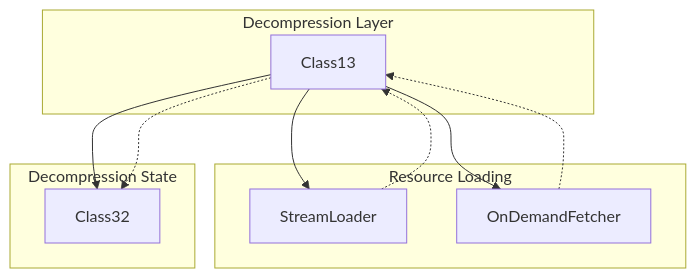
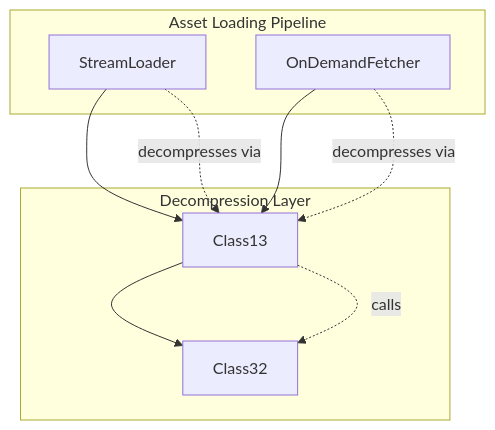
Before and after one commit to daxxog/solmud: the diagram in bytecode/mapping/evidence/verified/Class13_HZTFWEML.md, drawn with Mermaid. The commit also changed other lines of this file and 2 other files, not shown here.

````diff
--- a/bytecode/mapping/evidence/verified/Class13_HZTFWEML.md
+++ b/bytecode/mapping/evidence/verified/Class13_HZTFWEML.md
@@ -15,23 +17,20 @@
 ```mermaid
 graph TD
-    Class13 --> StreamLoader[StreamLoader]
-    Class13 --> OnDemandFetcher[OnDemandFetcher]
     Class13 --> Class32[Class32]
-
-    subgraph "Decompression Layer"
-        Class13
-    end
-
-    subgraph "Resource Loading"
+    StreamLoader --> Class13
+    OnDemandFetcher --> Class13
+    
+    subgraph "Asset Loading Pipeline"
         StreamLoader
         OnDemandFetcher
     end
-
-    subgraph "Decompression State"
+    
+    subgraph "Decompression Layer"
+        Class13
         Class32
     end
-
-    StreamLoader -.-> Class13
-    OnDemandFetcher -.-> Class13
-    Class13 -.-> Class32
+    
+    Class13 -.->|calls| Class32
+    StreamLoader -.->|decompresses via| Class13
+    OnDemandFetcher -.->|decompresses via| Class13
 ```
````
